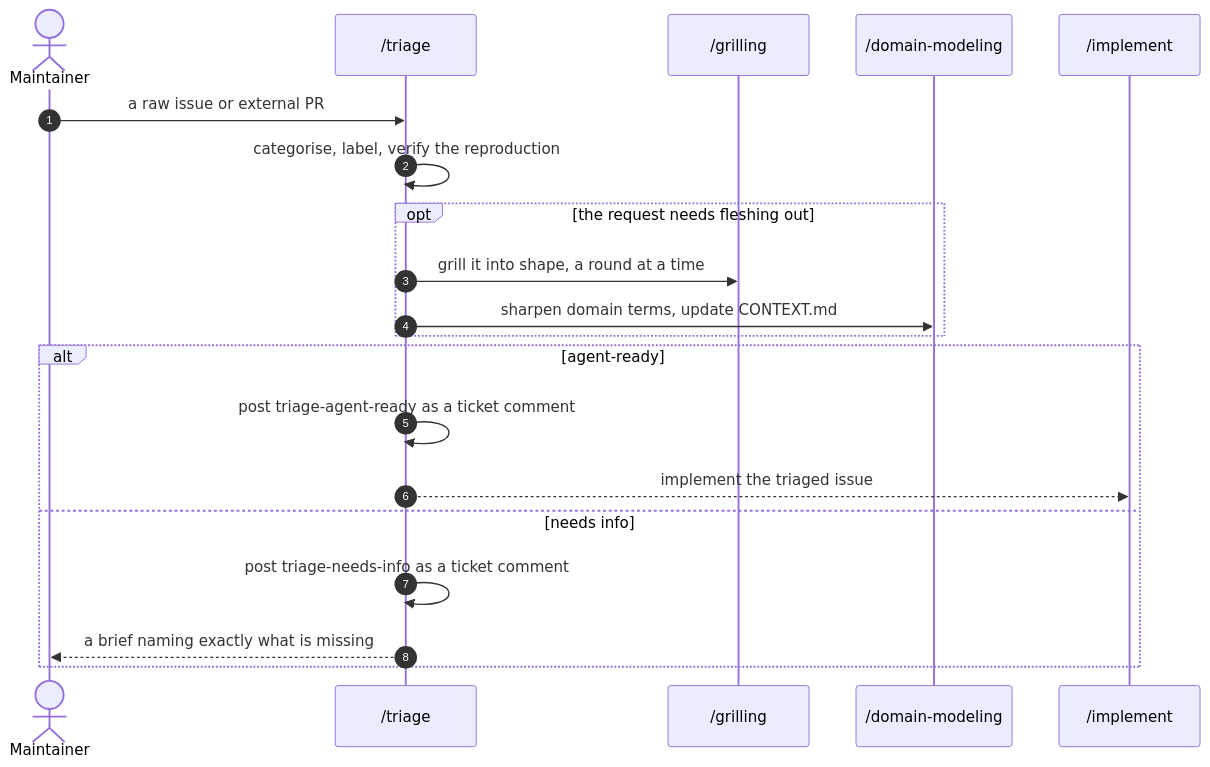
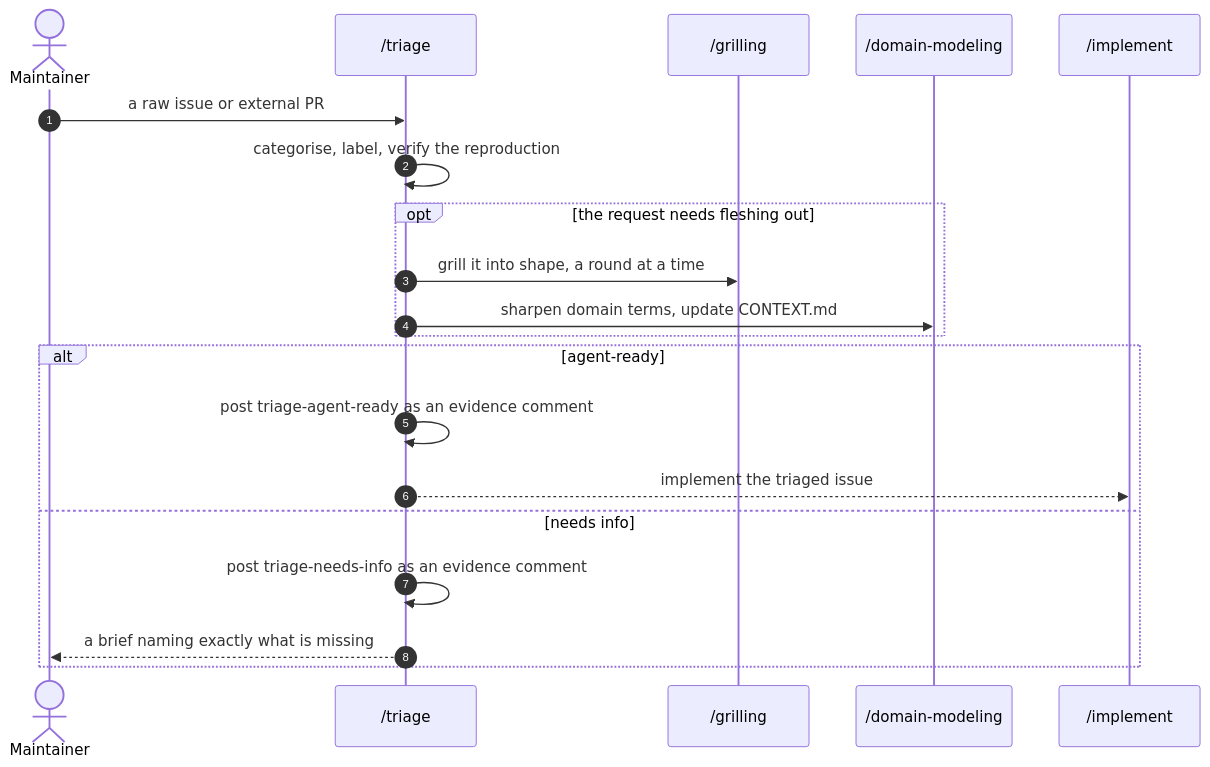
One commit to bradcstevens/git-loopy-skills changed the sixth of 12 diagrams in docs/skill-connections.md. Above: the diagram before and after it, drawn with Mermaid. The commit also changed other lines of this file and 1 other file, not shown here.

````diff
--- a/docs/skill-connections.md
+++ b/docs/skill-connections.md
@@ -310,24 +310,24 @@
 ```mermaid
 sequenceDiagram
     autonumber
     actor M as Maintainer
     participant TR as /triage
     participant GR as /grilling
     participant DM as /domain-modeling
     participant IM as /implement
 
     M->>TR: a raw issue or external PR
     TR->>TR: categorise, label, verify the reproduction
     opt the request needs fleshing out
         TR->>GR: grill it into shape, a round at a time
         TR->>DM: sharpen domain terms, update CONTEXT.md
     end
 
     alt agent-ready
-        TR->>TR: post triage-agent-ready as a ticket comment
+        TR->>TR: post triage-agent-ready as an evidence comment
         TR-->>IM: implement the triaged issue
     else needs info
-        TR->>TR: post triage-needs-info as a ticket comment
+        TR->>TR: post triage-needs-info as an evidence comment
         TR-->>M: a brief naming exactly what is missing
     end
 ```
````
